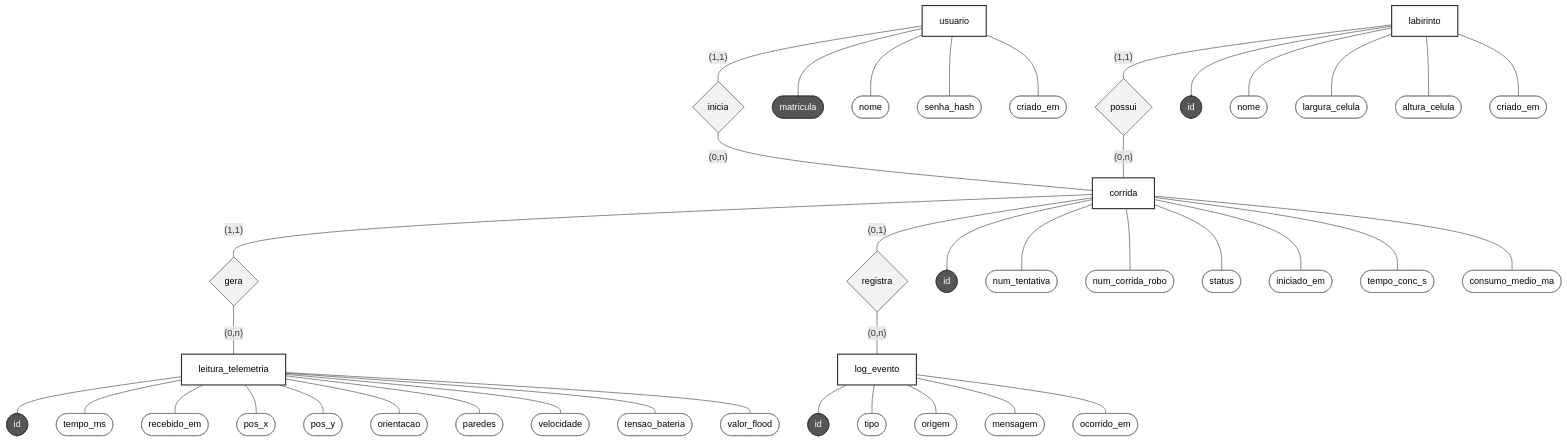
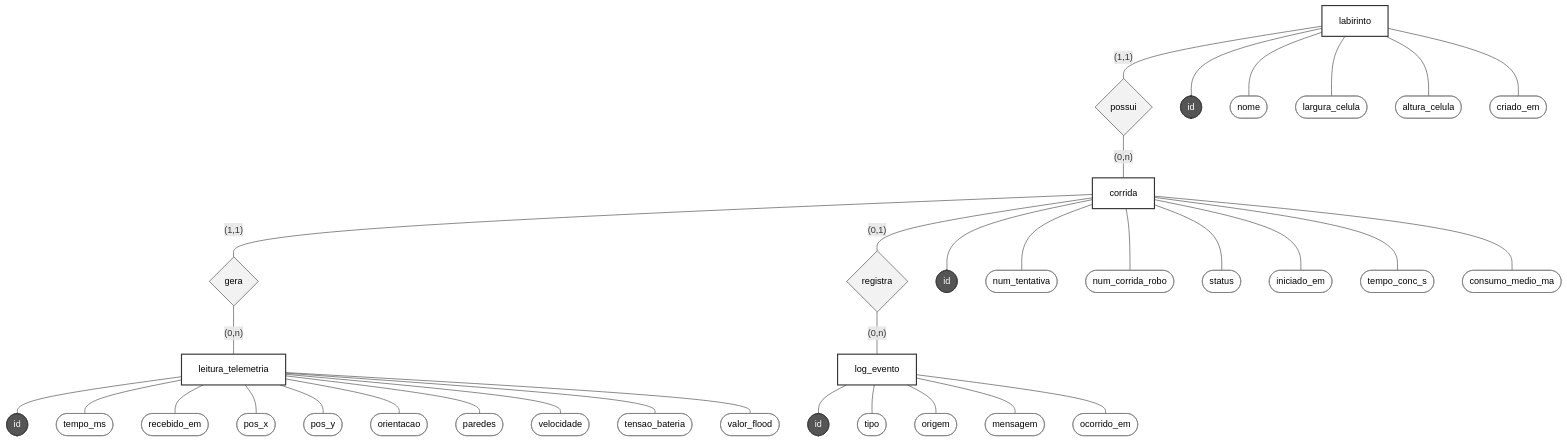
The first of 2 diagrams in docs/4.4.4 - Persistencia de Dados.md (fcte-pi1/2026.2_PI1__Grupo2_Juliana), drawn with Mermaid before and after one commit. The commit also changed other lines of this file and 6 other files, not shown here.

````diff
--- a/docs/4.4.4 - Persistencia de Dados.md
+++ b/docs/4.4.4 - Persistencia de Dados.md
@@ -26,59 +26,51 @@
 ```mermaid
 flowchart TB
     classDef entidade fill:#ffffff,stroke:#333333,stroke-width:2px,color:#000000
     classDef relacao fill:#f2f2f2,stroke:#333333,color:#000000
     classDef atributo fill:#ffffff,stroke:#777777,color:#000000
     classDef identificador fill:#555555,stroke:#333333,color:#ffffff
 
-    USU[usuario]:::entidade
     LAB[labirinto]:::entidade
     COR[corrida]:::entidade
     LEI[leitura_telemetria]:::entidade
     LOG[log_evento]:::entidade
 
     R_POSSUI{possui}:::relacao
-    R_INICIA{inicia}:::relacao
     R_GERA{gera}:::relacao
     R_REGISTRA{registra}:::relacao
 
     LAB ---|"(1,1)"| R_POSSUI ---|"(0,n)"| COR
-    USU ---|"(1,1)"| R_INICIA ---|"(0,n)"| COR
     COR ---|"(1,1)"| R_GERA ---|"(0,n)"| LEI
     COR ---|"(0,1)"| R_REGISTRA ---|"(0,n)"| LOG
-
-    USU --- usu_matricula([matricula]):::identificador
-    USU --- usu_nome([nome]):::atributo
-    USU --- usu_senha([senha_hash]):::atributo
-    USU --- usu_criado([criado_em]):::atributo
 
     LAB --- lab_id([id]):::identificador
     LAB --- lab_nome([nome]):::atributo
     LAB --- lab_largura([largura_celula]):::atributo
     LAB --- lab_altura([altura_celula]):::atributo
     LAB --- lab_criado([criado_em]):::atributo
 
     COR --- cor_id([id]):::identificador
     COR --- cor_tentativa([num_tentativa]):::atributo
     COR --- cor_num_robo([num_corrida_robo]):::atributo
     COR --- cor_status([status]):::atributo
     COR --- cor_iniciado([iniciado_em]):::atributo
     COR --- cor_tempo([tempo_conc_s]):::atributo
     COR --- cor_consumo([consumo_medio_ma]):::atributo
 
     LEI --- lei_id([id]):::identificador
     LEI --- lei_tempo([tempo_ms]):::atributo
     LEI --- lei_recebido([recebido_em]):::atributo
     LEI --- lei_x([pos_x]):::atributo
     LEI --- lei_y([pos_y]):::atributo
     LEI --- lei_orientacao([orientacao]):::atributo
     LEI --- lei_paredes([paredes]):::atributo
     LEI --- lei_velocidade([velocidade]):::atributo
     LEI --- lei_tensao([tensao_bateria]):::atributo
     LEI --- lei_flood([valor_flood]):::atributo
 
     LOG --- log_id([id]):::identificador
     LOG --- log_tipo([tipo]):::atributo
     LOG --- log_origem([origem]):::atributo
     LOG --- log_mensagem([mensagem]):::atributo
     LOG --- log_ocorrido([ocorrido_em]):::atributo
 ```
````
